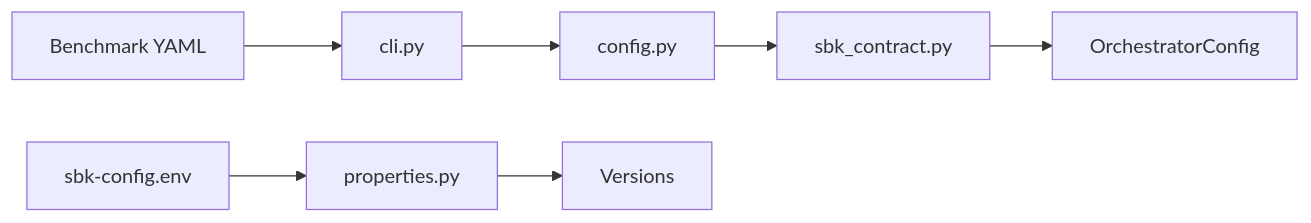
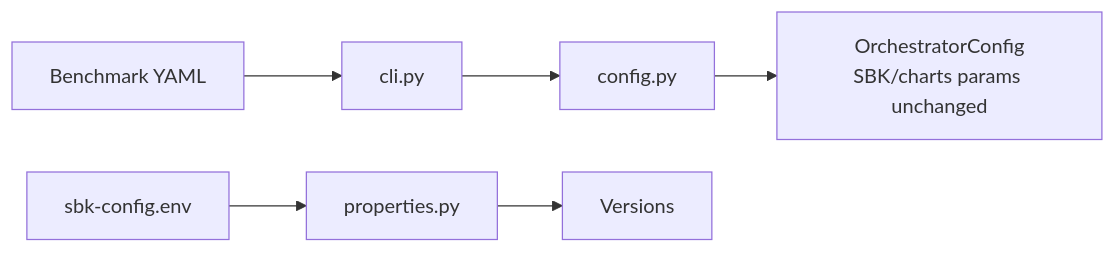
Before and after one commit to kmgowda/sbk-analytics: the third of 9 diagrams in analytics/ARCHITECTURE.md, drawn with Mermaid. The commit also changed other lines of this file and 12 other files, not shown here.

````diff
--- a/analytics/ARCHITECTURE.md
+++ b/analytics/ARCHITECTURE.md
@@ -114,6 +115,6 @@
 ```mermaid
 flowchart LR
     YAML["Benchmark YAML"] --> CLI["cli.py"] --> Config["config.py"]
-    Config --> Contract["sbk_contract.py"] --> Model["OrchestratorConfig"]
+    Config --> Model["OrchestratorConfig<br/>SBK/charts params unchanged"]
     Env["sbk-config.env"] --> Properties["properties.py"] --> Versions["Versions"]
 ```
````
